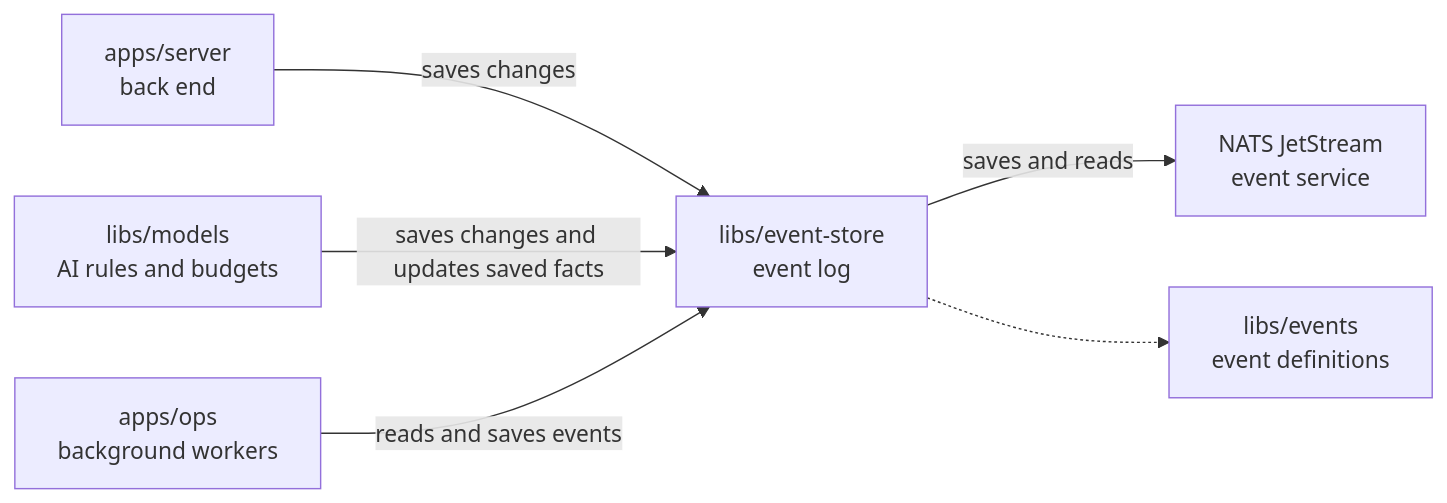
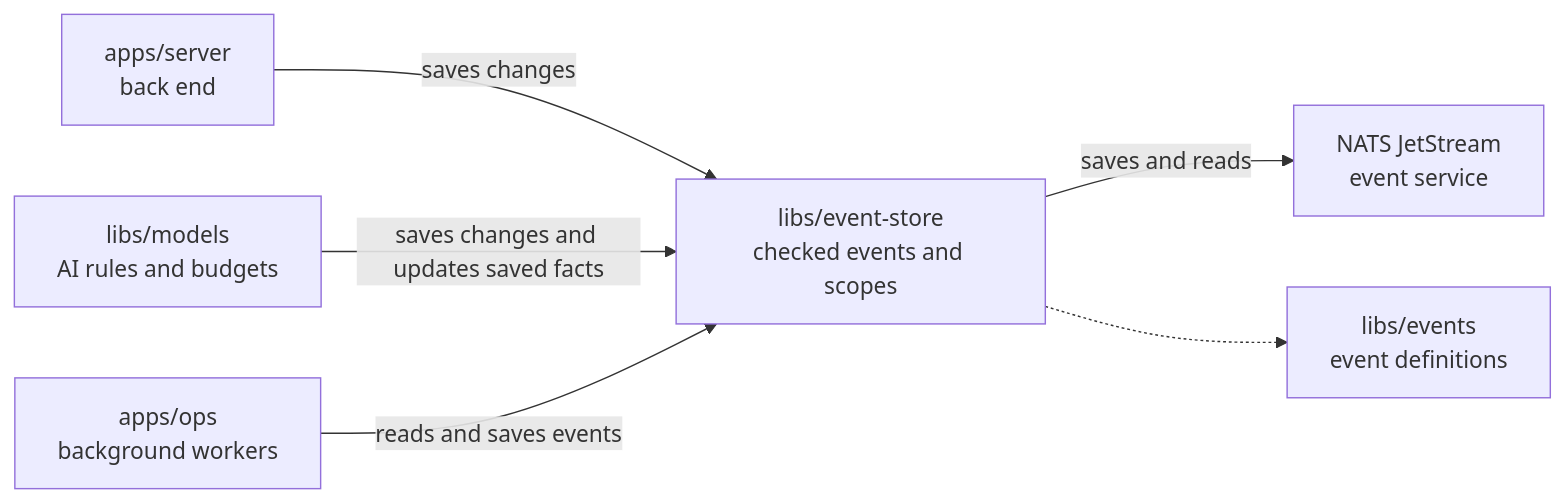
The diagram in libs/event-store/README.md (elewa-git/opencrane-new), drawn with Mermaid before and after one commit. The commit also changed other lines of this file and 19 other files, not shown here.

````diff
--- a/libs/event-store/README.md
+++ b/libs/event-store/README.md
@@ -22,8 +22,8 @@
 ```mermaid
 flowchart LR
-  server["apps/server<br/>back end"] -->|saves changes| store["libs/event-store<br/>event log"]
+  server["apps/server<br/>back end"] -->|saves changes| store["libs/event-store<br/>checked events and scopes"]
   models["libs/models<br/>AI rules and budgets"] -->|saves changes and updates saved facts| store
   ops["apps/ops<br/>background workers"] -->|reads and saves events| store
   store -->|saves and reads| nats["NATS JetStream<br/>event service"]
   store -.-> events["libs/events<br/>event definitions"]
 ```
````
